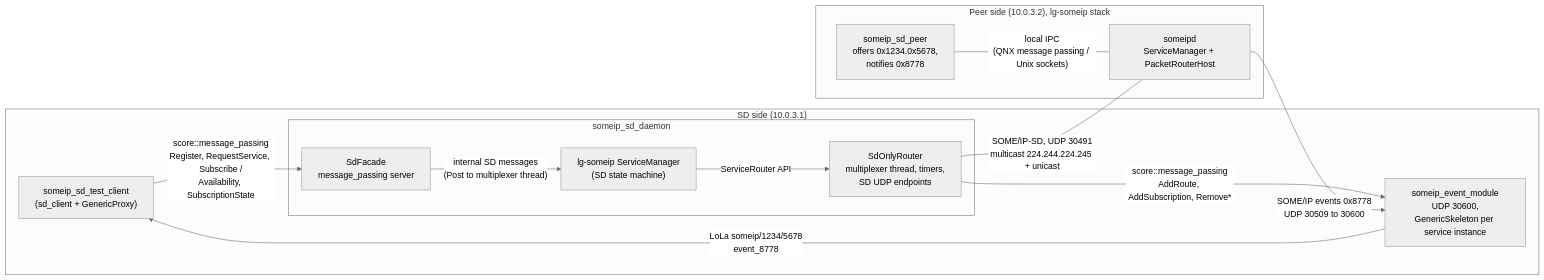
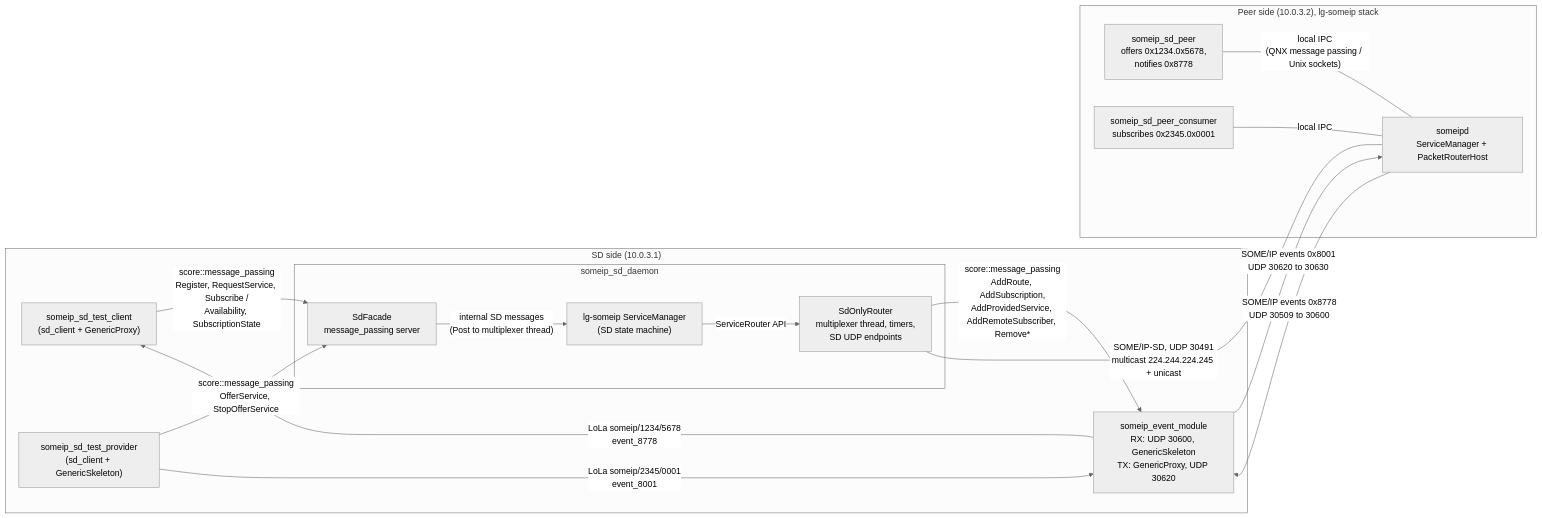
The first of 2 diagrams in experimental/someip_sd/README.md (sergejwinterbmw/communication), drawn with Mermaid (neutral theme) before and after one commit. The commit also changed other lines of this file and 18 other files, not shown here.

````diff
--- a/experimental/someip_sd/README.md
+++ b/experimental/someip_sd/README.md
@@ -38,26 +40,32 @@
 ```mermaid
 flowchart LR
     subgraph SD["SD side (10.0.3.1)"]
         client["someip_sd_test_client<br/>(sd_client + GenericProxy)"]
+        provider["someip_sd_test_provider<br/>(sd_client + GenericSkeleton)"]
         subgraph daemon["someip_sd_daemon"]
             facade["SdFacade<br/>message_passing server"]
             sm["lg-someip ServiceManager<br/>(SD state machine)"]
             router["SdOnlyRouter<br/>multiplexer thread, timers,<br/>SD UDP endpoints"]
         end
-        module["someip_event_module<br/>UDP 30600,<br/>GenericSkeleton per service instance"]
+        module["someip_event_module<br/>RX: UDP 30600, GenericSkeleton<br/>TX: GenericProxy, UDP 30620"]
     end
 
     subgraph Peer["Peer side (10.0.3.2), lg-someip stack"]
         someipd["someipd<br/>ServiceManager + PacketRouterHost"]
         peer["someip_sd_peer<br/>offers 0x1234.0x5678,<br/>notifies 0x8778"]
+        peer_consumer["someip_sd_peer_consumer<br/>subscribes 0x2345.0x0001"]
     end
 
     client -- "score::message_passing<br/>Register, RequestService, Subscribe /<br/>Availability, SubscriptionState" --> facade
+    provider -- "score::message_passing<br/>OfferService, StopOfferService" --> facade
     facade -- "internal SD messages<br/>(Post to multiplexer thread)" --> sm
     sm -- "ServiceRouter API" --> router
-    router -- "score::message_passing<br/>AddRoute, AddSubscription, Remove*" --> module
+    router -- "score::message_passing<br/>AddRoute, AddSubscription,<br/>AddProvidedService, AddRemoteSubscriber, Remove*" --> module
     router -- "SOME/IP-SD, UDP 30491<br/>multicast 224.244.224.245 + unicast" --- someipd
     peer -- "local IPC<br/>(QNX message passing / Unix sockets)" --- someipd
+    peer_consumer -- "local IPC" --- someipd
     someipd -- "SOME/IP events 0x8778<br/>UDP 30509 to 30600" --> module
     module -- "LoLa someip/1234/5678<br/>event_8778" --> client
+    provider -- "LoLa someip/2345/0001<br/>event_8001" --> module
+    module -- "SOME/IP events 0x8001<br/>UDP 30620 to 30630" --> someipd
 ```
````
